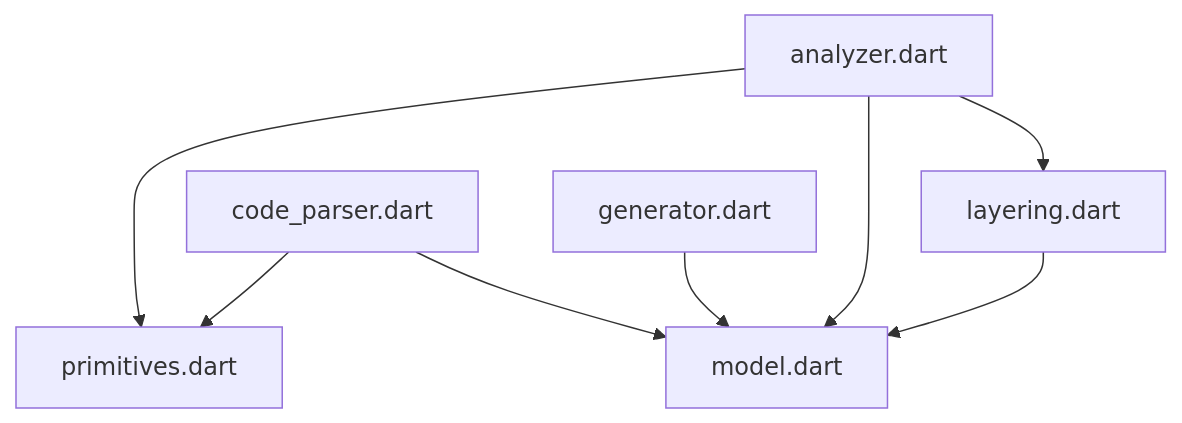
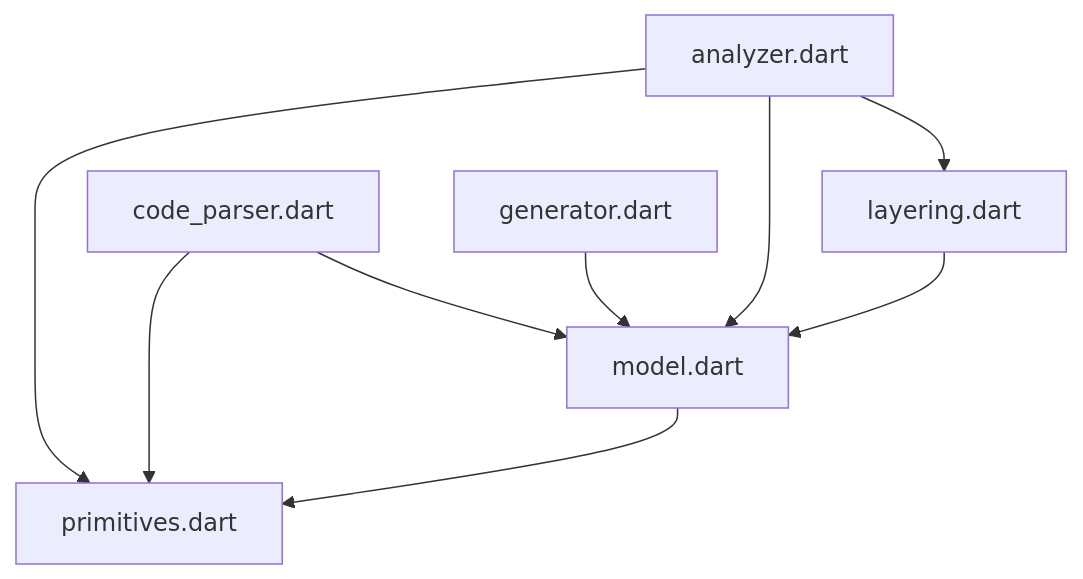
One commit to polina-c/layerlens changed the diagram in lib/src/DEPENDENCIES.md. Above: the diagram before and after it, drawn with Mermaid. The commit also changed other lines of this file and 7 other files, not shown here.

````diff
--- a/lib/src/DEPENDENCIES.md
+++ b/lib/src/DEPENDENCIES.md
@@ -5,10 +6,11 @@
 ```mermaid
 flowchart TD;
 analyzer.dart-->layering.dart;
 analyzer.dart-->model.dart;
 analyzer.dart-->primitives.dart;
 code_parser.dart-->model.dart;
 code_parser.dart-->primitives.dart;
 generator.dart-->model.dart;
 layering.dart-->model.dart;
+model.dart-->primitives.dart;
 ```
````
